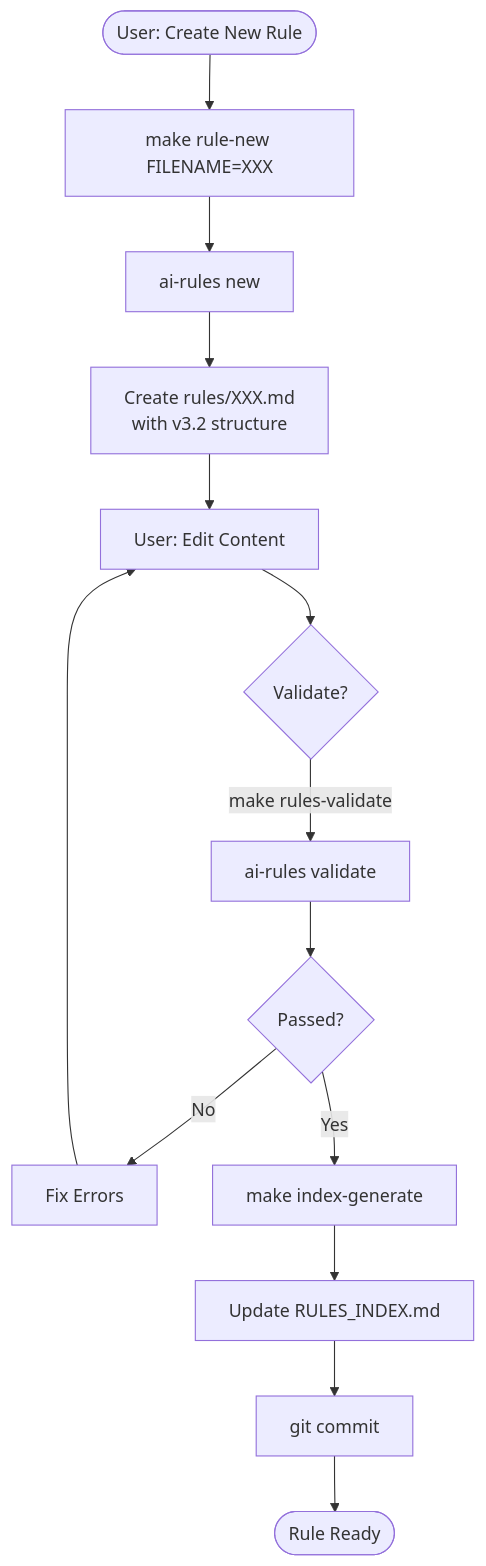
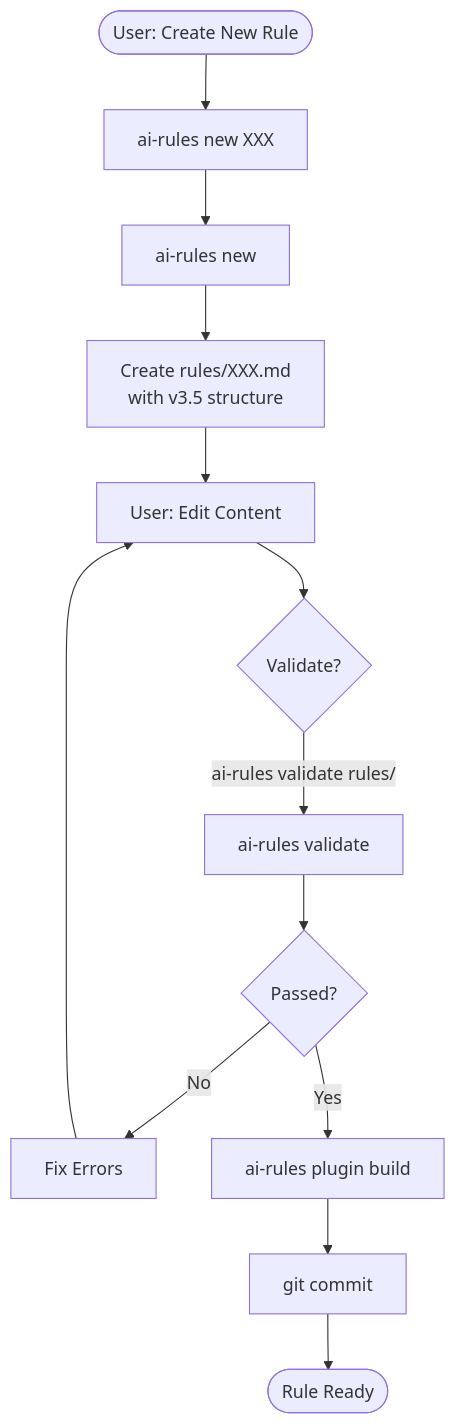
The first of 2 diagrams in docs/ARCHITECTURE.md (sfc-gh-myoung/ai_coding_rules), drawn with Mermaid before and after one commit. The commit also changed other lines of this file and 686 other files, not shown here.

First line of the commit message:
feat(plugin): add deterministic progressive rule loading

````diff
--- a/docs/ARCHITECTURE.md
+++ b/docs/ARCHITECTURE.md
@@ -373,16 +394,15 @@
 ```mermaid
 flowchart TD
     Start([User: Create New Rule]) --> Generate
-    Generate[make rule-new FILENAME=XXX] --> Template
-    Template[ai-rules new] --> Create[Create rules/XXX.md<br/>with v3.2 structure]
+    Generate["ai-rules new XXX"] --> Template
+    Template[ai-rules new] --> Create[Create rules/XXX.md<br/>with v3.5 structure]
     Create --> Edit[User: Edit Content]
     Edit --> Validate{Validate?}
-    Validate -->|make rules-validate| SchemaVal[ai-rules validate]
+    Validate -->|"ai-rules validate rules/"| SchemaVal[ai-rules validate]
     SchemaVal --> Pass{Passed?}
     Pass -->|No| Fix[Fix Errors]
     Fix --> Edit
-    Pass -->|Yes| Index[make index-generate]
-    Index --> UpdateIndex[Update RULES_INDEX.md]
-    UpdateIndex --> Commit[git commit]
+    Pass -->|Yes| Build["ai-rules plugin build"]
+    Build --> Commit[git commit]
     Commit --> End([Rule Ready])
 ```
````
